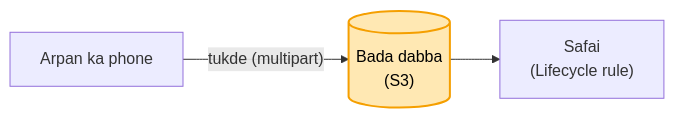
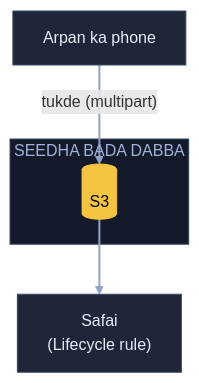
One commit to ArpanMaheshwari144/Prep changed the second of 8 diagrams in 04_HLD/SYSTEM_DESIGNS/07_file_upload_validate_system/07_file_upload.md. Above: the diagram before and after it, drawn with Mermaid. The commit also changed other lines of this file, not shown here.

Commit message:
File upload: 8 diagram YouTube (reel) wale card andaaz me

````diff
--- a/04_HLD/SYSTEM_DESIGNS/07_file_upload_validate_system/07_file_upload.md
+++ b/04_HLD/SYSTEM_DESIGNS/07_file_upload_validate_system/07_file_upload.md
@@ -78,6 +89,16 @@
 ```mermaid
-flowchart LR
-    A["Arpan ka phone"] -- "tukde (multipart)" --> S3[("Bada dabba<br/>(S3)")]
-    S3 --> C["Safai<br/>(Lifecycle rule)"]
-    style S3 fill:#ffe8b3,stroke:#f59f00,stroke-width:2px,color:#000
+flowchart TB
+    A["Arpan ka phone"]:::card
+    subgraph BD["SEEDHA BADA DABBA"]
+        S3[("S3")]:::pill
+    end
+    C["Safai<br/>(Lifecycle rule)"]:::card
+    A -- "tukde (multipart)" --> S3
+    S3 --> C
+    linkStyle default stroke:#8fa3c7,stroke-width:2px
+    classDef card fill:#1e2638,stroke:#3a4a6b,color:#e8ecf5
+    classDef pill fill:#f5c542,stroke:#f5c542,color:#000
+    classDef good fill:#2e7d4f,stroke:#3fbf6f,color:#fff
+    classDef bad fill:#5c1f24,stroke:#e05561,color:#fff
+    style BD fill:#141a29,stroke:#3a4a6b,color:#9fb3d9
 ```
````
